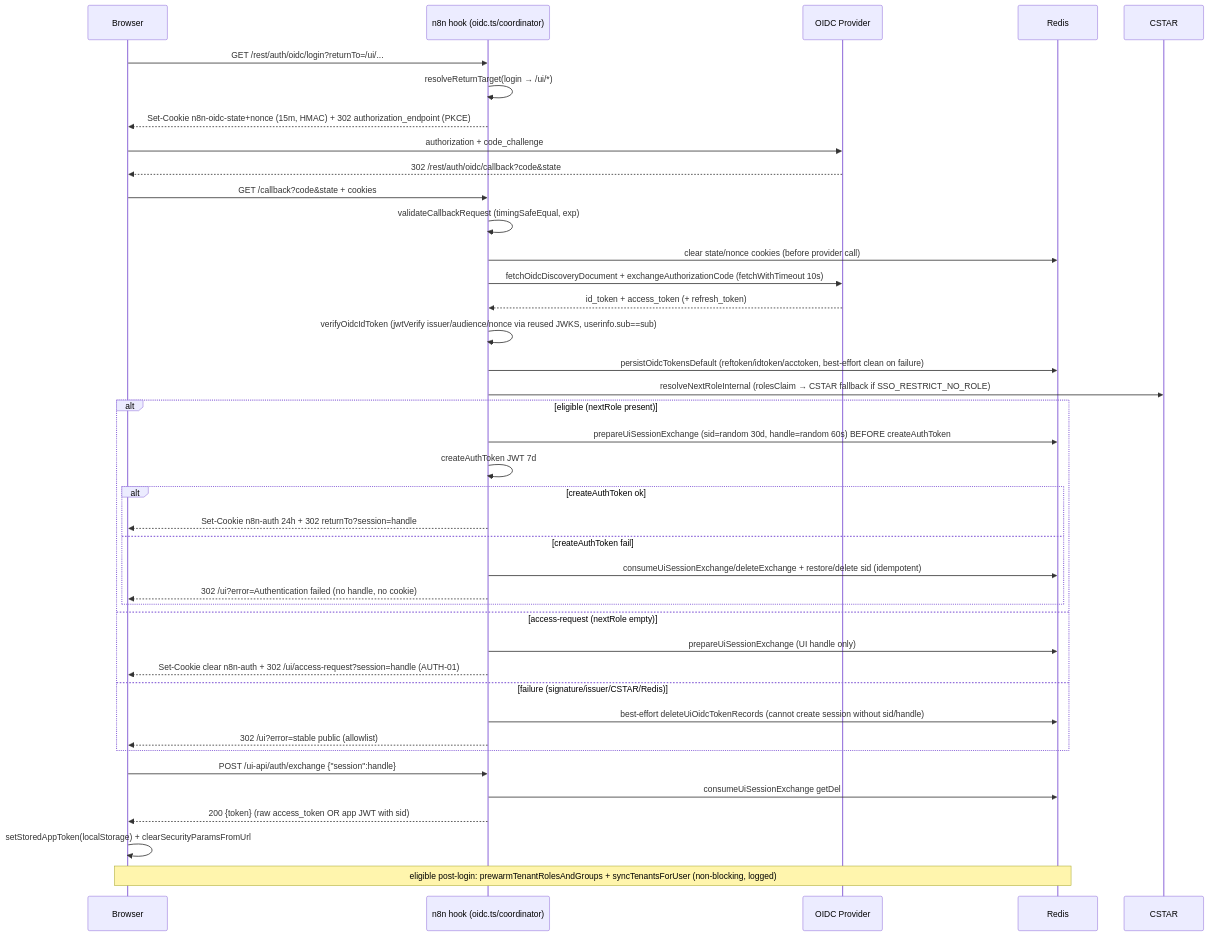
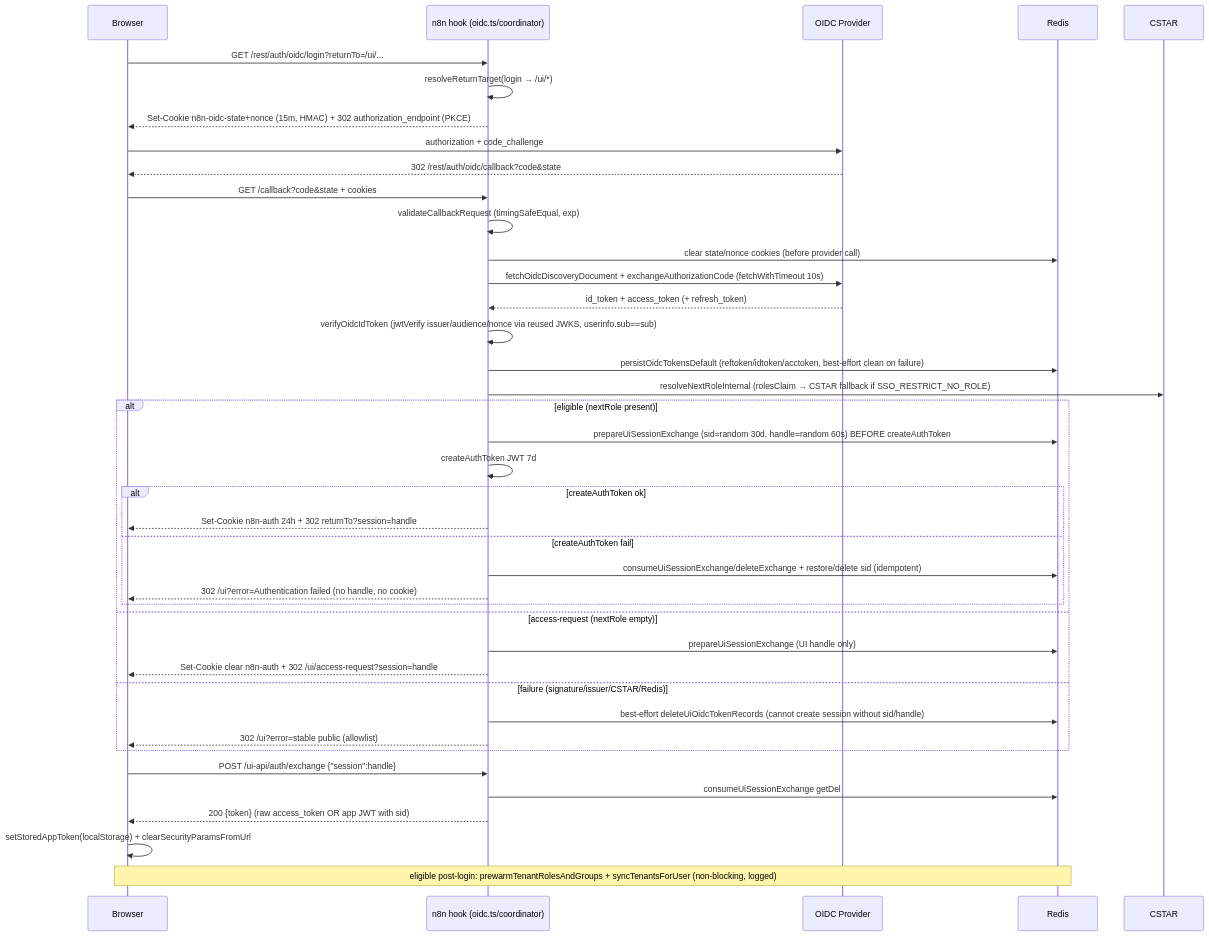
The first of 4 diagrams in docs/platform/user-authn-authz-summary.md (bcgov/common-hosted-workflow), drawn with Mermaid before and after one commit. The commit also changed other lines of this file and 22 other files, not shown here.

Commit message:
feat(CCP-5643): unify OIDC session bootstrap and tenant auth flow

````diff
--- a/docs/platform/user-authn-authz-summary.md
+++ b/docs/platform/user-authn-authz-summary.md
@@ -36,43 +36,43 @@
 ```mermaid
 sequenceDiagram
   participant B as Browser
   participant N as n8n hook (oidc.ts/coordinator)
   participant P as OIDC Provider
   participant R as Redis
   participant C as CSTAR
 
   B->>N: GET /rest/auth/oidc/login?returnTo=/ui/...
   N->>N: resolveReturnTarget(login → /ui/*)
   N-->>B: Set-Cookie n8n-oidc-state+nonce (15m, HMAC) + 302 authorization_endpoint (PKCE)
   B->>P: authorization + code_challenge
   P-->>B: 302 /rest/auth/oidc/callback?code&state
   B->>N: GET /callback?code&state + cookies
   N->>N: validateCallbackRequest (timingSafeEqual, exp)
   N->>R: clear state/nonce cookies (before provider call)
   N->>P: fetchOidcDiscoveryDocument + exchangeAuthorizationCode (fetchWithTimeout 10s)
   P-->>N: id_token + access_token (+ refresh_token)
   N->>N: verifyOidcIdToken (jwtVerify issuer/audience/nonce via reused JWKS, userinfo.sub==sub)
   N->>R: persistOidcTokensDefault (reftoken/idtoken/acctoken, best-effort clean on failure)
   N->>C: resolveNextRoleInternal (rolesClaim → CSTAR fallback if SSO_RESTRICT_NO_ROLE)
   alt eligible (nextRole present)
     N->>R: prepareUiSessionExchange (sid=random 30d, handle=random 60s) BEFORE createAuthToken
     N->>N: createAuthToken JWT 7d
     alt createAuthToken ok
       N-->>B: Set-Cookie n8n-auth 24h + 302 returnTo?session=handle
     else createAuthToken fail
       N->>R: consumeUiSessionExchange/deleteExchange + restore/delete sid (idempotent)
       N-->>B: 302 /ui?error=Authentication failed (no handle, no cookie)
     end
   else access-request (nextRole empty)
     N->>R: prepareUiSessionExchange (UI handle only)
-    N-->>B: Set-Cookie clear n8n-auth + 302 /ui/access-request?session=handle (AUTH-01)
+    N-->>B: Set-Cookie clear n8n-auth + 302 /ui/access-request?session=handle
   else failure (signature/issuer/CSTAR/Redis)
     N->>R: best-effort deleteUiOidcTokenRecords (cannot create session without sid/handle)
     N-->>B: 302 /ui?error=stable public (allowlist)
   end
   B->>N: POST /ui-api/auth/exchange {"session":handle}
   N->>R: consumeUiSessionExchange getDel
   N-->>B: 200 {token} (raw access_token OR app JWT with sid)
   B->>B: setStoredAppToken(localStorage) + clearSecurityParamsFromUrl
   Note over B,R: eligible post-login: prewarmTenantRolesAndGroups + syncTenantsForUser (non-blocking, logged)
 ```
````
